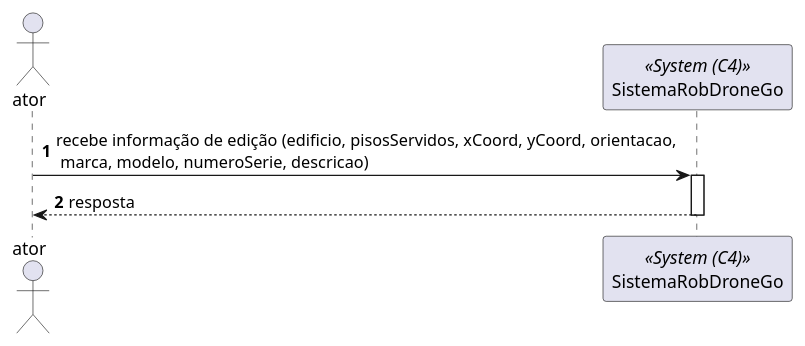
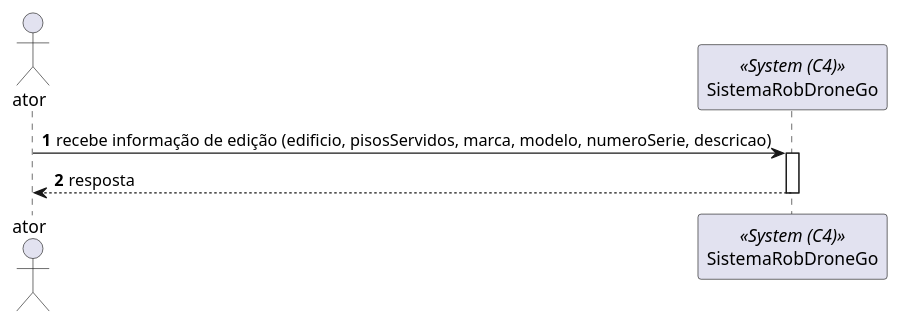
The diagram in docs/Sprint_A/US_280/N1/N1_VP.puml (SEM5PI2324G58/sem5pi_g58_23_24), drawn with PlantUML before and after one commit. The commit also changed 6 other files, not shown here.

Commit message:
[US280][Design] Atualização dos diagramas da VP e correção do .md

```diff
--- a/docs/Sprint_A/US_280/N1/N1_VP.puml
+++ b/docs/Sprint_A/US_280/N1/N1_VP.puml
@@ -1,8 +1,8 @@
 autonumber
 
 actor ator 
 participant "SistemaRobDroneGo" as sistema <<System (C4)>>
 
-ator -> sistema: recebe informação de edição (edificio, pisosServidos, xCoord, yCoord, orientacao,\n marca, modelo, numeroSerie, descricao)
+ator -> sistema: recebe informação de edição (edificio, pisosServidos, marca, modelo, numeroSerie, descricao)
 activate sistema
 return resposta
```
